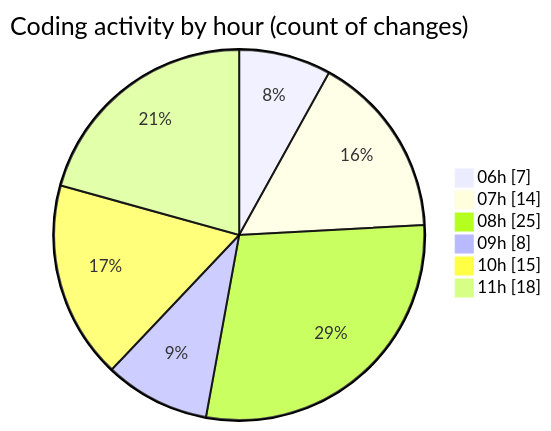
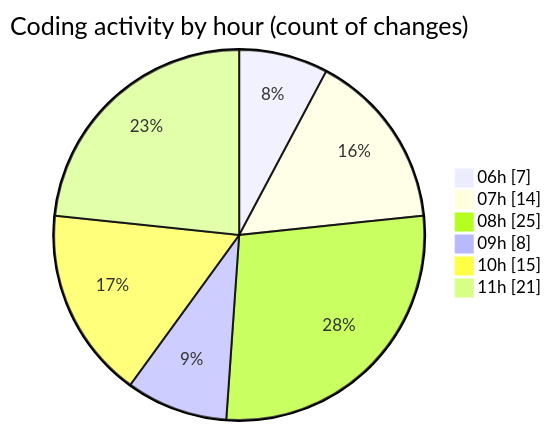
The second of 2 diagrams in 2025-04-18/zeytoon/README.md (vahidmafi/code-tracking), drawn with Mermaid before and after one commit. The commit also changed other lines of this file and 1 other file, not shown here.

````diff
--- a/2025-04-18/zeytoon/README.md
+++ b/2025-04-18/zeytoon/README.md
@@ -39,10 +39,10 @@
 ```mermaid
 pie showData
 title Coding activity by hour (count of changes)
 "06h" : 7
 "07h" : 14
 "08h" : 25
 "09h" : 8
 "10h" : 15
-"11h" : 18
+"11h" : 21
 ```
````
